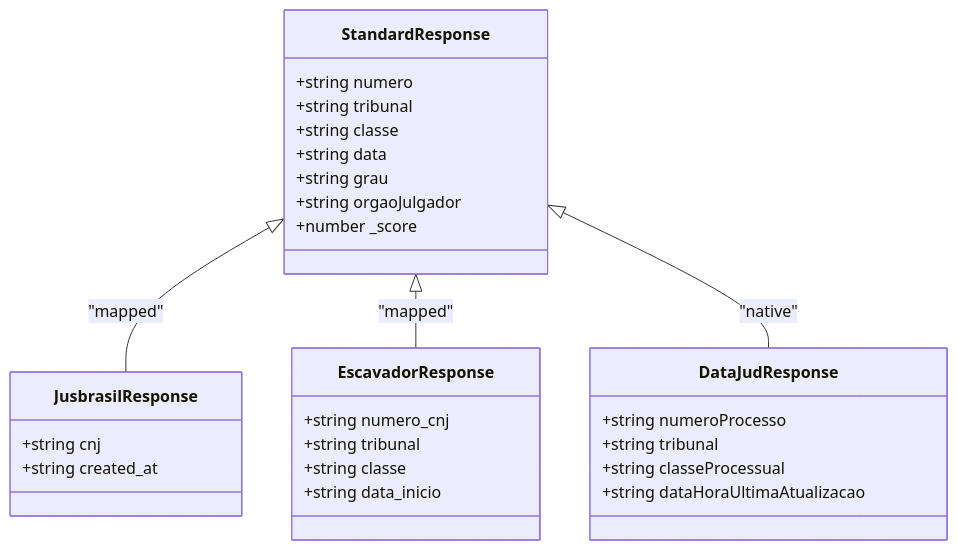
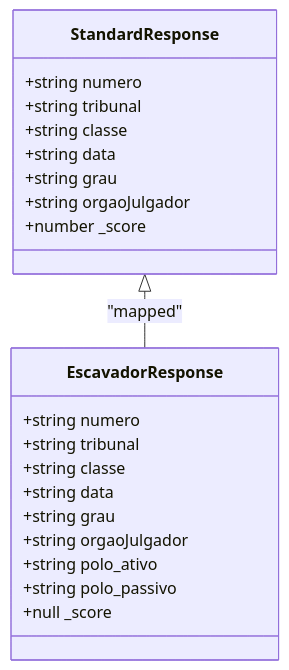
Diagram 17 of 19 in .qoder/repowiki/en/content/API Integration Layer/Premium Paid Service Integration.md (Alexandrexicara/bot-processos), drawn with Mermaid before and after one commit. The commit also changed other lines of this file and 6 other files, not shown here.

````diff
--- a/.qoder/repowiki/en/content/API Integration Layer/Premium Paid Service Integration.md
+++ b/.qoder/repowiki/en/content/API Integration Layer/Premium Paid Service Integration.md
@@ -733,31 +613,24 @@
 ```mermaid
 classDiagram
 class StandardResponse {
 +string numero
 +string tribunal
 +string classe
 +string data
 +string grau
 +string orgaoJulgador
 +number _score
 }
-class JusbrasilResponse {
-+string cnj
-+string created_at
-}
 class EscavadorResponse {
-+string numero_cnj
++string numero
 +string tribunal
 +string classe
-+string data_inicio
++string data
++string grau
++string orgaoJulgador
++string polo_ativo
++string polo_passivo
++null _score
 }
-class DataJudResponse {
-+string numeroProcesso
-+string tribunal
-+string classeProcessual
-+string dataHoraUltimaAtualizacao
-}
-StandardResponse <|-- JusbrasilResponse : "mapped"
 StandardResponse <|-- EscavadorResponse : "mapped"
-StandardResponse <|-- DataJudResponse : "native"
 ```
````
